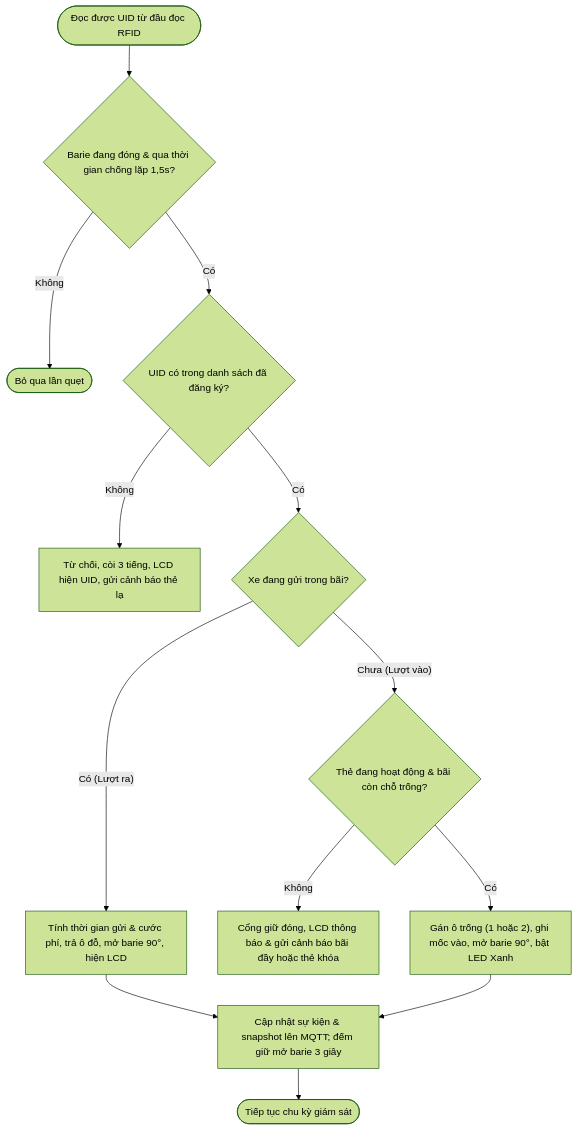
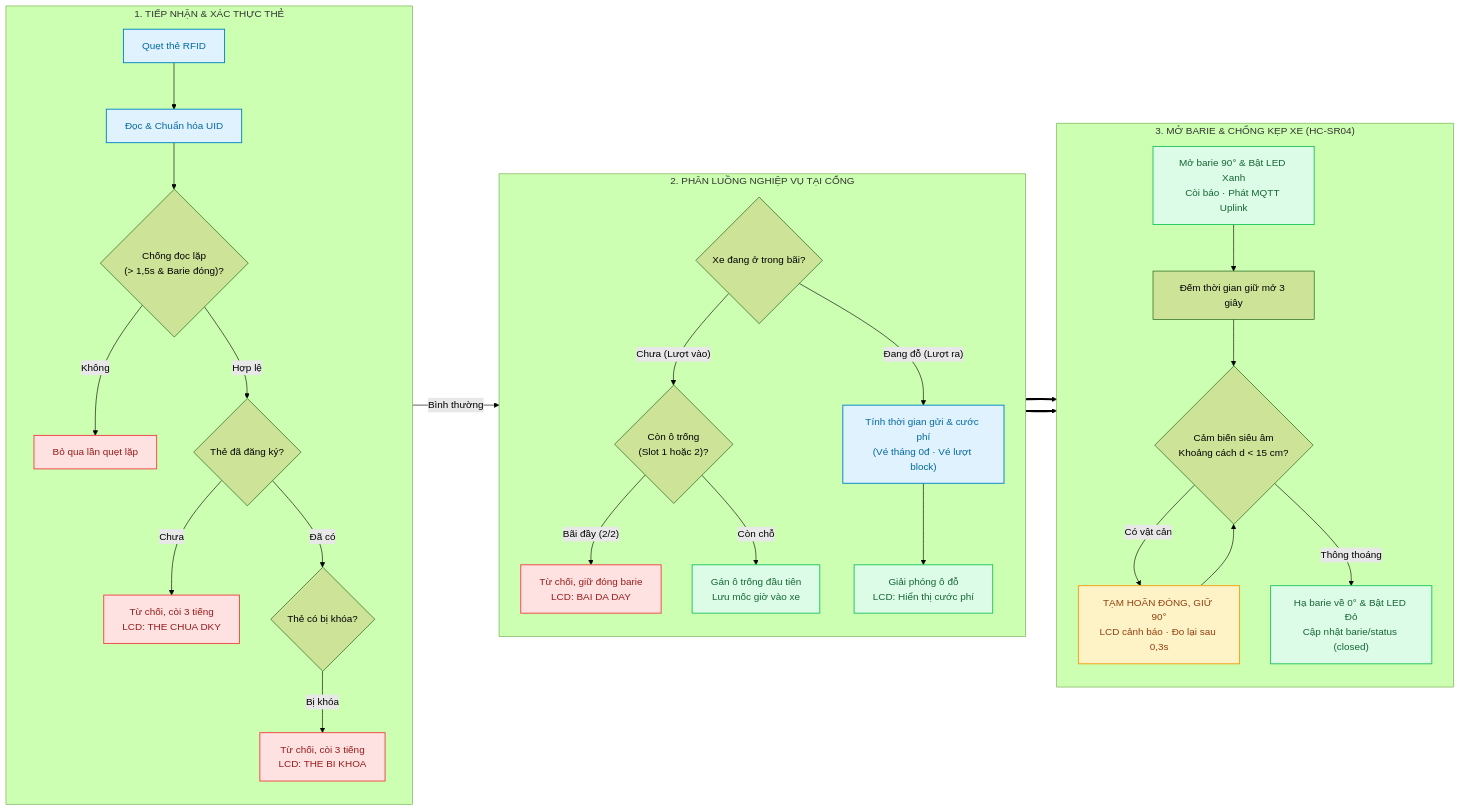
The third of 5 diagrams in docs/BAO_CAO_TIEU_LUAN_HOAN_CHINH.md (Tthoong129/IOT_Nhom4), drawn with Mermaid (forest theme) before and after one commit. The commit also changed other lines of this file and 1 other file, not shown here.

Commit message:
docs: redesign Chapter 3 diagrams to compact 16:9 layout with html viewer

````diff
--- a/docs/BAO_CAO_TIEU_LUAN_HOAN_CHINH.md
+++ b/docs/BAO_CAO_TIEU_LUAN_HOAN_CHINH.md
@@ -375,15 +407,54 @@
 ```mermaid
-flowchart TD
-    S0(["Đọc được UID từ đầu đọc RFID"]) --> D1{"Barie đang đóng & qua thời gian chống lặp 1,5s?"}
-    D1 -->|"Không"| B1(["Bỏ qua lần quẹt"])
-    D1 -->|"Có"| D2{"UID có trong danh sách đã đăng ký?"}
-    D2 -->|"Không"| B2["Từ chối, còi 3 tiếng, LCD hiện UID, gửi cảnh báo thẻ lạ"]
-    D2 -->|"Có"| D3{"Xe đang gửi trong bãi?"}
-    D3 -->|"Có (Lượt ra)"| A_OUT["Tính thời gian gửi & cước phí, trả ô đỗ, mở barie 90°, hiện LCD"]
-    D3 -->|"Chưa (Lượt vào)"| D4{"Thẻ đang hoạt động & bãi còn chỗ trống?"}
-    D4 -->|"Không"| B3["Cổng giữ đóng, LCD thông báo & gửi cảnh báo bãi đầy hoặc thẻ khóa"]
-    D4 -->|"Có"| A_IN["Gán ô trống (1 hoặc 2), ghi mốc vào, mở barie 90°, bật LED Xanh"]
-    A_OUT --> PUB["Cập nhật sự kiện & snapshot lên MQTT; đếm giữ mở barie 3 giây"]
-    A_IN --> PUB
-    PUB --> W1(["Tiếp tục chu kỳ giám sát"])
+flowchart LR
+    %% Khối 1: Tiếp nhận và xác thực
+    subgraph S1["1. TIẾP NHẬN & XÁC THỰC THẺ"]
+        direction TB
+        A["Quẹt thẻ RFID"] --> B["Đọc & Chuẩn hóa UID"]
+        B --> C{"Chống đọc lặp<br/>(> 1,5s & Barie đóng)?"}
+        C -- "Không" --> C1["Bỏ qua lần quẹt lặp"]
+        C -- "Hợp lệ" --> D{"Thẻ đã đăng ký?"}
+        D -- "Chưa" --> D1["Từ chối, còi 3 tiếng<br/>LCD: THE CHUA DKY"]
+        D -- "Đã có" --> E{"Thẻ có bị khóa?"}
+        E -- "Bị khóa" --> E1["Từ chối, còi 3 tiếng<br/>LCD: THE BI KHOA"]
+    end
+
+    %% Khối 2: Phân luồng Vào / Ra
+    subgraph S2["2. PHÂN LUỒNG NGHIỆP VỤ TẠI CỔNG"]
+        direction TB
+        E -- "Bình thường" --> F{"Xe đang ở trong bãi?"}
+        
+        %% Nhánh Vào
+        F -- "Chưa (Lượt vào)" --> G{"Còn ô trống<br/>(Slot 1 hoặc 2)?"}
+        G -- "Bãi đầy (2/2)" --> G1["Từ chối, giữ đóng barie<br/>LCD: BAI DA DAY"]
+        G -- "Còn chỗ" --> H["Gán ô trống đầu tiên<br/>Lưu mốc giờ vào xe"]
+        
+        %% Nhánh Ra
+        F -- "Đang đỗ (Lượt ra)" --> I["Tính thời gian gửi & cước phí<br/>(Vé tháng 0đ · Vé lượt block)"]
+        I --> J["Giải phóng ô đỗ<br/>LCD: Hiển thị cước phí"]
+    end
+
+    %% Khối 3: Chấp hành & Chống kẹp
+    subgraph S3["3. MỞ BARIE & CHỐNG KẸP XE (HC-SR04)"]
+        direction TB
+        K["Mở barie 90° & Bật LED Xanh<br/>Còi báo · Phát MQTT Uplink"]
+        K --> L["Đếm thời gian giữ mở 3 giây"]
+        L --> M{"Cảm biến siêu âm<br/>Khoảng cách d < 15 cm?"}
+        M -- "Có vật cản" --> N["TẠM HOÃN ĐÓNG, GIỮ 90°<br/>LCD cảnh báo · Đo lại sau 0,3s"]
+        N --> M
+        M -- "Thông thoáng" --> P["Hạ barie về 0° & Bật LED Đỏ<br/>Cập nhật barie/status (closed)"]
+    end
+
+    H ==> K
+    J ==> K
+
+    %% Phối màu trực quan
+    classDef reject fill:#fee2e2,stroke:#ef4444,stroke-width:1.5px,color:#991b1b;
+    classDef success fill:#dcfce7,stroke:#22c55e,stroke-width:1.5px,color:#166534;
+    classDef process fill:#e0f2fe,stroke:#0284c7,stroke-width:1.5px,color:#0369a1;
+    classDef warning fill:#fef3c7,stroke:#f59e0b,stroke-width:1.5px,color:#92400e;
+
+    class C1,D1,E1,G1 reject;
+    class H,J,K,P success;
+    class A,B,I process;
+    class N warning;
 ```
````
